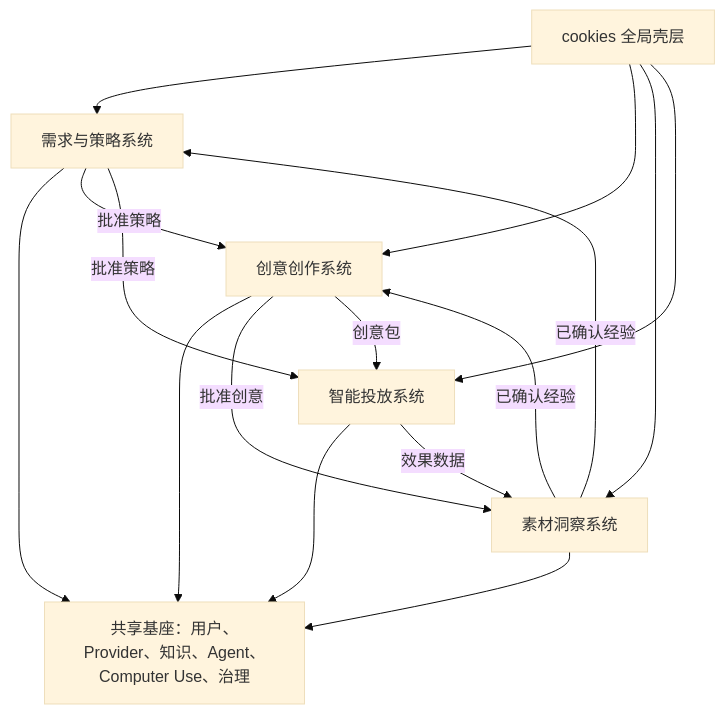
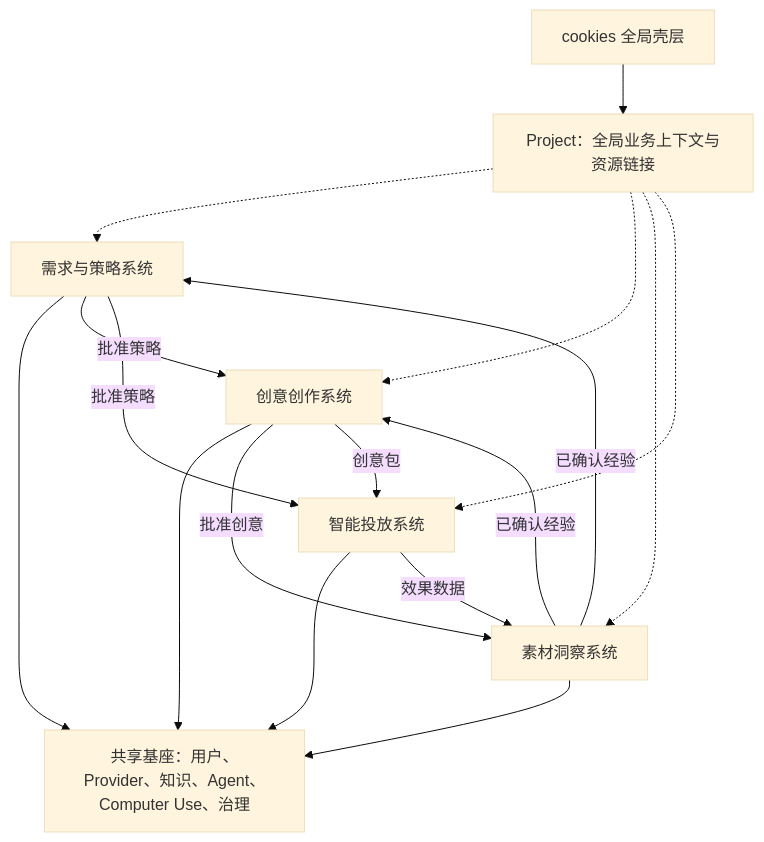
The diagram in docs/00-project-overview.md (Moemu/cookies), drawn with Mermaid (base theme) before and after one commit. The commit also changed other lines of this file and 11 other files, not shown here.

````diff
--- a/docs/00-project-overview.md
+++ b/docs/00-project-overview.md
@@ -105,27 +107,29 @@
 ```mermaid
 flowchart TB
   Shell["cookies 全局壳层"]
+  Project["Project：全局业务上下文与资源链接"]
   Strategy["需求与策略系统"]
   Creative["创意创作系统"]
   Insights["素材洞察系统"]
   Delivery["智能投放系统"]
   Platform["共享基座：用户、Provider、知识、Agent、Computer Use、治理"]
 
-  Shell --> Strategy
-  Shell --> Creative
-  Shell --> Insights
-  Shell --> Delivery
+  Shell --> Project
+  Project -.-> Strategy
+  Project -.-> Creative
+  Project -.-> Insights
+  Project -.-> Delivery
 
   Strategy --> Platform
   Creative --> Platform
   Insights --> Platform
   Delivery --> Platform
 
   Strategy -->|"批准策略"| Creative
   Strategy -->|"批准策略"| Delivery
   Creative -->|"批准创意"| Insights
   Creative -->|"创意包"| Delivery
   Delivery -->|"效果数据"| Insights
   Insights -->|"已确认经验"| Strategy
   Insights -->|"已确认经验"| Creative
 ```
````
